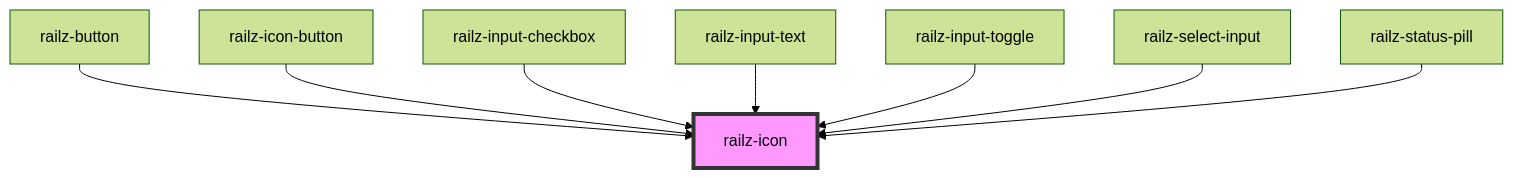
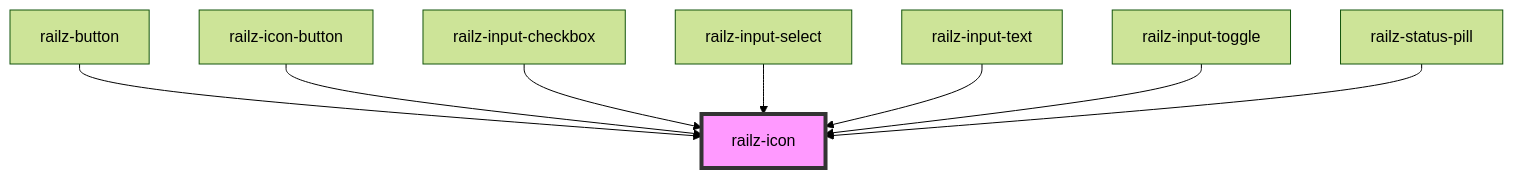
The diagram in design-components/packages/railz-components/src/components/railz-icon/readme.md (railz-ai/railz-uikit), drawn with Mermaid (forest theme) before and after one commit. The commit also changed other lines of this file and 2 other files, not shown here.

Commit message:
- updated component build files

````diff
--- a/design-components/packages/railz-components/src/components/railz-icon/readme.md
+++ b/design-components/packages/railz-components/src/components/railz-icon/readme.md
@@ -27,11 +27,11 @@
 ```mermaid
 graph TD;
   railz-button --> railz-icon
   railz-icon-button --> railz-icon
   railz-input-checkbox --> railz-icon
+  railz-input-select --> railz-icon
   railz-input-text --> railz-icon
   railz-input-toggle --> railz-icon
-  railz-select-input --> railz-icon
   railz-status-pill --> railz-icon
   style railz-icon fill:#f9f,stroke:#333,stroke-width:4px
 ```
````
